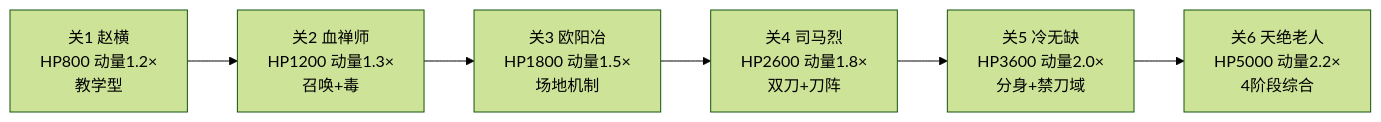
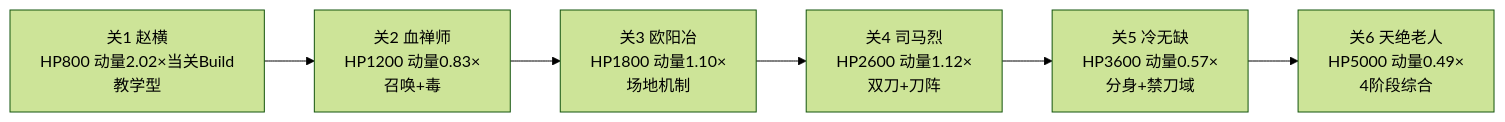
One commit to lzytttttt/CFCQ changed the diagram in wiki/05-enemy/Boss设计.md. Above: the diagram before and after it, drawn with Mermaid (forest theme). The commit also changed other lines of this file and 113 other files, not shown here.

````diff
--- a/wiki/05-enemy/Boss设计.md
+++ b/wiki/05-enemy/Boss设计.md
@@ -164,8 +166,8 @@
 ```mermaid
 graph LR
-    A[关1 赵横<br/>HP800 动量1.2×<br/>教学型] --> B[关2 血禅师<br/>HP1200 动量1.3×<br/>召唤+毒]
-    B --> C[关3 欧阳冶<br/>HP1800 动量1.5×<br/>场地机制]
-    C --> D[关4 司马烈<br/>HP2600 动量1.8×<br/>双刀+刀阵]
-    D --> E[关5 冷无缺<br/>HP3600 动量2.0×<br/>分身+禁刀域]
-    E --> F[关6 天绝老人<br/>HP5000 动量2.2×<br/>4阶段综合]
+    A[关1 赵横<br/>HP800 动量2.02×当关Build<br/>教学型] --> B[关2 血禅师<br/>HP1200 动量0.83×<br/>召唤+毒]
+    B --> C[关3 欧阳冶<br/>HP1800 动量1.10×<br/>场地机制]
+    C --> D[关4 司马烈<br/>HP2600 动量1.12×<br/>双刀+刀阵]
+    D --> E[关5 冷无缺<br/>HP3600 动量0.57×<br/>分身+禁刀域]
+    E --> F[关6 天绝老人<br/>HP5000 动量0.49×<br/>4阶段综合]
 ```
````
